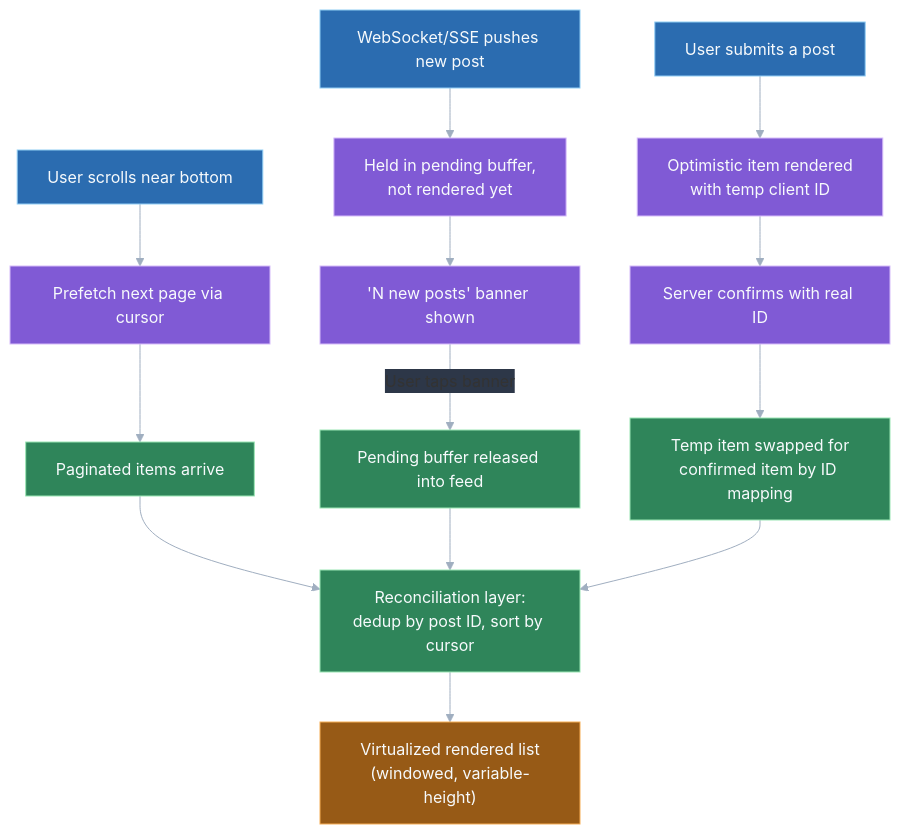
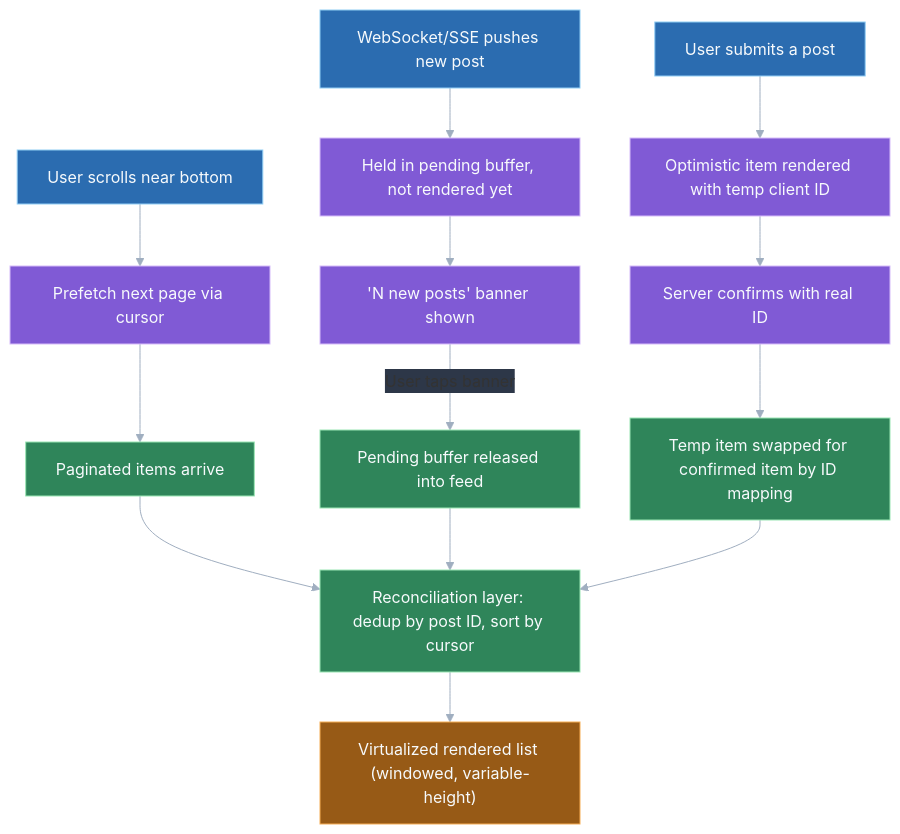
The first of 2 diagrams in data/topics/design-news-feed.md (vinayakhumberi/litmus), drawn with Mermaid before and after one commit. The commit also changed other lines of this file and 68 other files, not shown here.

````diff
--- a/data/topics/design-news-feed.md
+++ b/data/topics/design-news-feed.md
@@ -98,27 +98,27 @@
 ```mermaid
 %%{init: {"theme": "base", "themeVariables": {"lineColor": "#a0aec0", "edgeLabelBackground": "#2d3748", "textColor": "#f7fafc"}}}%%
 graph TD
     A["User scrolls near bottom"] --> B["Prefetch next page via cursor"]
     B --> C["Paginated items arrive"]
-    D["WebSocket/SSE pushes new post"] --> E["Held in pending buffer,<br>not rendered yet"]
+    D["WebSocket/SSE pushes new post"] --> E["Held in pending buffer, not rendered yet"]
     E --> F["'N new posts' banner shown"]
     F -- "User taps banner" --> G["Pending buffer released into feed"]
-    H["User submits a post"] --> I["Optimistic item rendered<br>with temp client ID"]
+    H["User submits a post"] --> I["Optimistic item rendered with temp client ID"]
     I --> J["Server confirms with real ID"]
-    J --> K["Temp item swapped for<br>confirmed item by ID mapping"]
+    J --> K["Temp item swapped for confirmed item by ID mapping"]
 
-    C --> L["Reconciliation layer:<br>dedup by post ID, sort by cursor"]
+    C --> L["Reconciliation layer: dedup by post ID, sort by cursor"]
     G --> L
     K --> L
-    L --> M["Virtualized rendered list<br>(windowed, variable-height)"]
+    L --> M["Virtualized rendered list (windowed, variable-height)"]
 
     classDef source fill:#2b6cb0,stroke:#90cdf4,color:#f7fafc
     classDef buffer fill:#805ad5,stroke:#d6bcfa,color:#f7fafc
     classDef merge fill:#2f855a,stroke:#9ae6b4,color:#f7fafc
     classDef render fill:#975a16,stroke:#f6ad55,color:#f7fafc
 
     class A,D,H source
     class B,E,F,I,J buffer
     class C,G,K,L merge
     class M render
 ```
````
